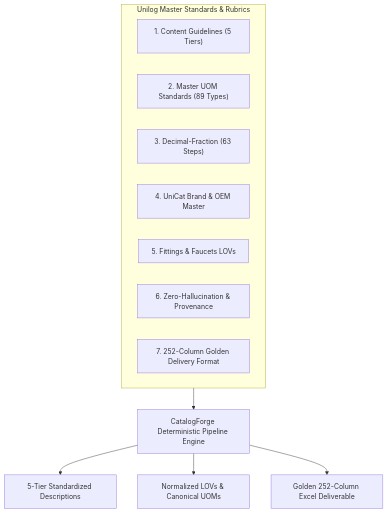
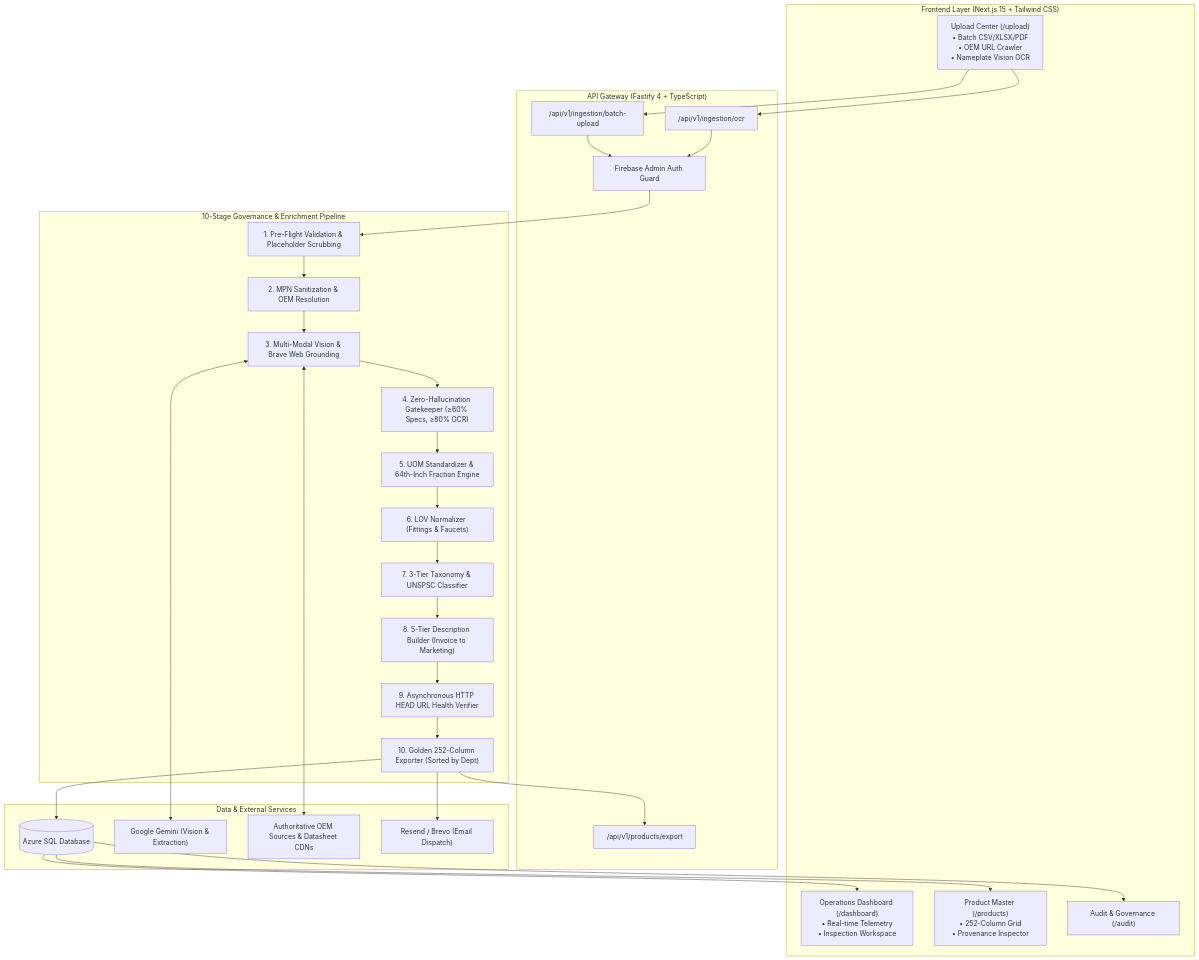
The diagram in README.md (vinaybhadane/catalogforge), drawn with Mermaid before and after one commit. The commit also changed other lines of this file, not shown here.

Commit message:
Rewrite production-quality README for UniHack hackathon submission

````diff
--- a/README.md
+++ b/README.md
@@ -54,17 +78,54 @@
 ```mermaid
 flowchart TD
-    subgraph MasterStandards["Unilog Master Standards & Rubrics"]
-        R1["1. Content Guidelines (5 Tiers)"]
-        R2["2. Master UOM Standards (89 Types)"]
-        R3["3. Decimal-Fraction (63 Steps)"]
-        R4["4. UniCat Brand & OEM Master"]
-        R5["5. Fittings & Faucets LOVs"]
-        R6["6. Zero-Hallucination & Provenance"]
-        R7["7. 252-Column Golden Delivery Format"]
+    subgraph ClientLayer["Frontend Layer (Next.js 15 + Tailwind CSS)"]
+        UI_Upload["Upload Center (/upload)<br/>• Batch CSV/XLSX/PDF<br/>• OEM URL Crawler<br/>• Nameplate Vision OCR"]
+        UI_Dashboard["Operations Dashboard (/dashboard)<br/>• Real-time Telemetry<br/>• Inspection Workspace"]
+        UI_Products["Product Master (/products)<br/>• 252-Column Grid<br/>• Provenance Inspector"]
+        UI_Audit["Audit & Governance (/audit)"]
     end
-    
-    MasterStandards --> Engine["CatalogForge Deterministic Pipeline Engine"]
-    Engine --> Out1["5-Tier Standardized Descriptions"]
-    Engine --> Out2["Normalized LOVs & Canonical UOMs"]
-    Engine --> Out3["Golden 252-Column Excel Deliverable"]
+
+    subgraph ApiLayer["API Gateway (Fastify 4 + TypeScript)"]
+        API_Auth["Firebase Admin Auth Guard"]
+        API_Upload["/api/v1/ingestion/batch-upload"]
+        API_Ocr["/api/v1/ingestion/ocr"]
+        API_Export["/api/v1/products/export"]
+    end
+
+    subgraph Pipeline["10-Stage Governance & Enrichment Pipeline"]
+        S1["1. Pre-Flight Validation & Placeholder Scrubbing"]
+        S2["2. MPN Sanitization & OEM Resolution"]
+        S3["3. Multi-Modal Vision & Brave Web Grounding"]
+        S4["4. Zero-Hallucination Gatekeeper (≥60% Specs, ≥80% OCR)"]
+        S5["5. UOM Standardizer & 64th-Inch Fraction Engine"]
+        S6["6. LOV Normalizer (Fittings & Faucets)"]
+        S7["7. 3-Tier Taxonomy & UNSPSC Classifier"]
+        S8["8. 5-Tier Description Builder (Invoice to Marketing)"]
+        S9["9. Asynchronous HTTP HEAD URL Health Verifier"]
+        S10["10. Golden 252-Column Exporter (Sorted by Dept)"]
+    end
+
+    subgraph StorageLayer["Data & External Services"]
+        DB_SQL[(Azure SQL Database)]
+        AI_Gemini["Google Gemini (Vision & Extraction)"]
+        EXT_Web["Authoritative OEM Sources & Datasheet CDNs"]
+        NOTIF["Resend / Brevo (Email Dispatch)"]
+    end
+
+    UI_Upload --> API_Upload
+    UI_Upload --> API_Ocr
+    API_Upload --> API_Auth
+    API_Ocr --> API_Auth
+
+    API_Auth --> S1
+    S1 --> S2 --> S3
+    S3 <--> AI_Gemini
+    S3 <--> EXT_Web
+    S3 --> S4 --> S5 --> S6 --> S7 --> S8 --> S9 --> S10
+
+    S10 --> API_Export
+    S10 --> DB_SQL
+    S10 --> NOTIF
+    DB_SQL --> UI_Dashboard
+    DB_SQL --> UI_Products
+    DB_SQL --> UI_Audit
 ```
````
